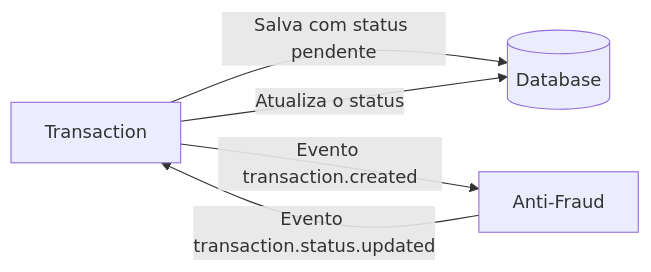
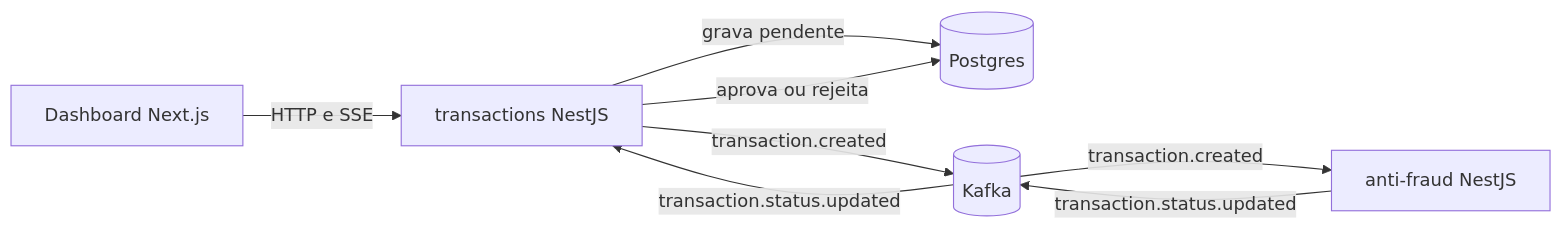
The diagram in README.md (jvtuta/tech-challenge), drawn with Mermaid before and after one commit. The commit also changed other lines of this file, not shown here.

````diff
--- a/README.md
+++ b/README.md
@@ -33,7 +20,10 @@
 ```mermaid
 flowchart LR
-  Transaction -- Salva com status pendente --> DB[(Database)]
-  Transaction -- Evento transaction.created --> AntiFraud[Anti-Fraud]
-  AntiFraud -- Evento transaction.status.updated --> Transaction
-  Transaction -- Atualiza o status --> DB
+  Web[Dashboard Next.js] -- HTTP e SSE --> Tx[transactions NestJS]
+  Tx -- grava pendente --> DB[(Postgres)]
+  Tx -- transaction.created --> K[(Kafka)]
+  K -- transaction.created --> AF[anti-fraud NestJS]
+  AF -- transaction.status.updated --> K
+  K -- transaction.status.updated --> Tx
+  Tx -- aprova ou rejeita --> DB
 ```
````
